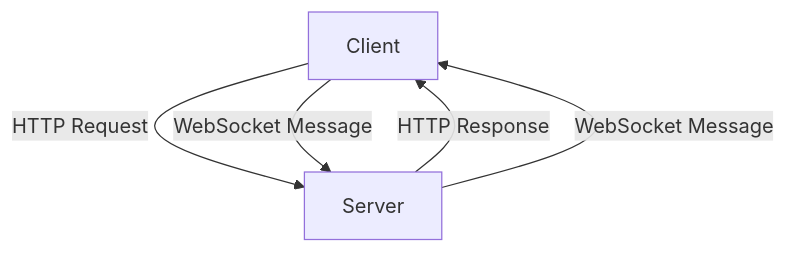
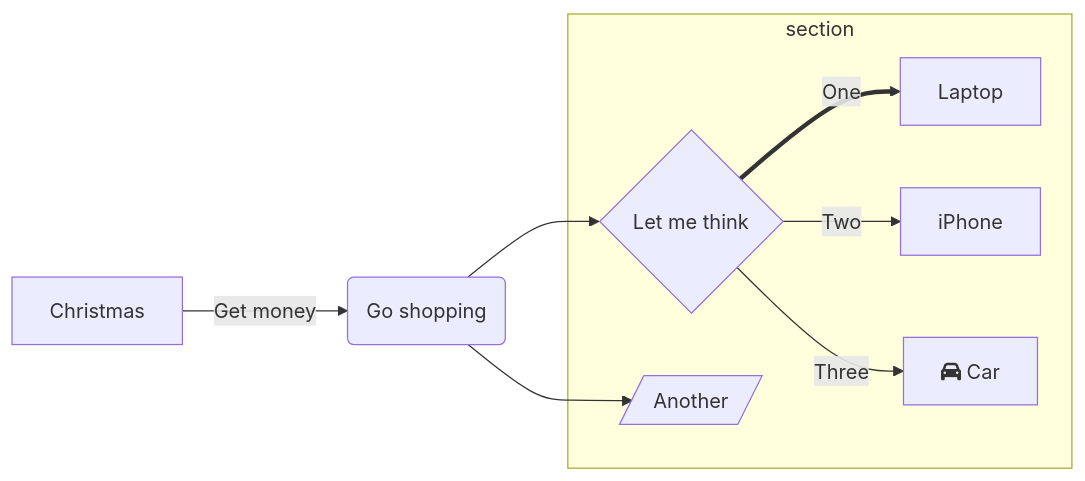
One commit to elct9620/slidev-theme-terraforming changed the first of 4 diagrams in example.md. Above: the diagram before and after it, drawn with Mermaid. The commit also changed other lines of this file, not shown here.

Commit message:
chore: update Mermaid diagram example

````diff
--- a/example.md
+++ b/example.md
@@ -54,7 +54,16 @@
 ```mermaid
-graph TD
-  A[Client] -->|HTTP Request| B[Server]
-  B -->|HTTP Response| A
-  A -->|WebSocket Message| B
-  B -->|WebSocket Message| A
+graph LR
+          A[Christmas] -->|Get money| B(Go shopping)
+          B --> C{Let me think}
+          B --> G[/Another/]
+          C ==>|One| D[Laptop]
+          C -->|Two| E[iPhone]
+          C -->|Three| F[fa:fa-car Car]
+          subgraph section
+            C
+            D
+            E
+            F
+            G
+          end
 ```
````
